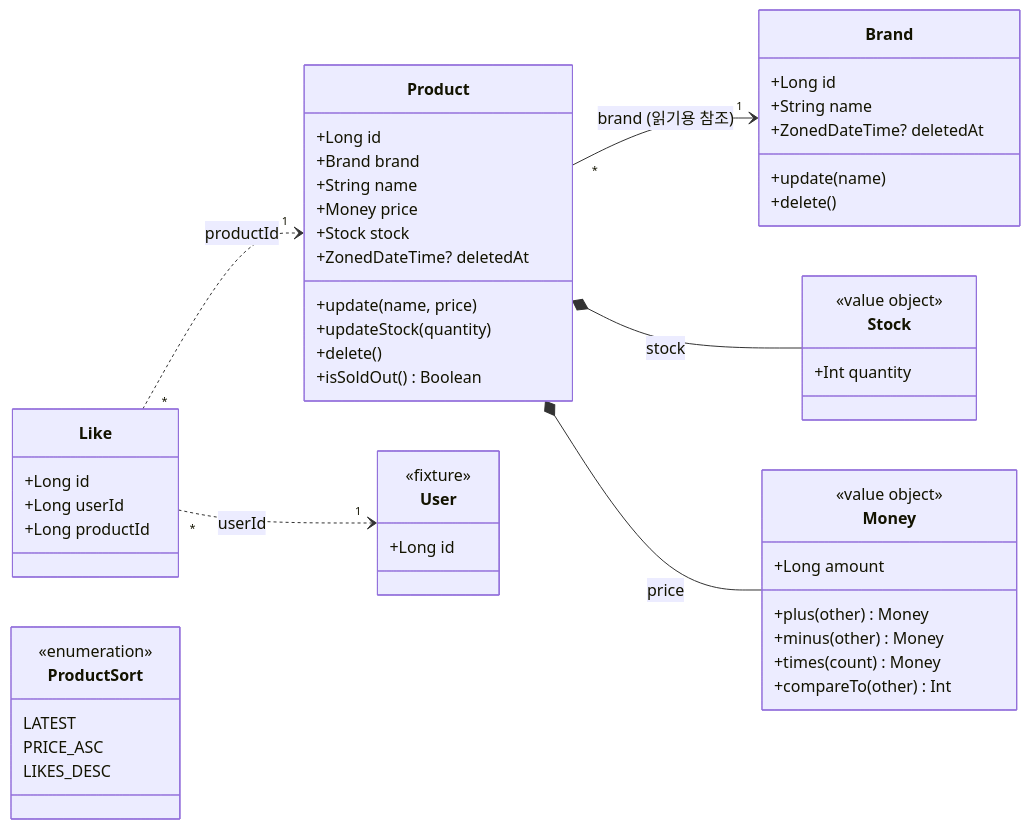
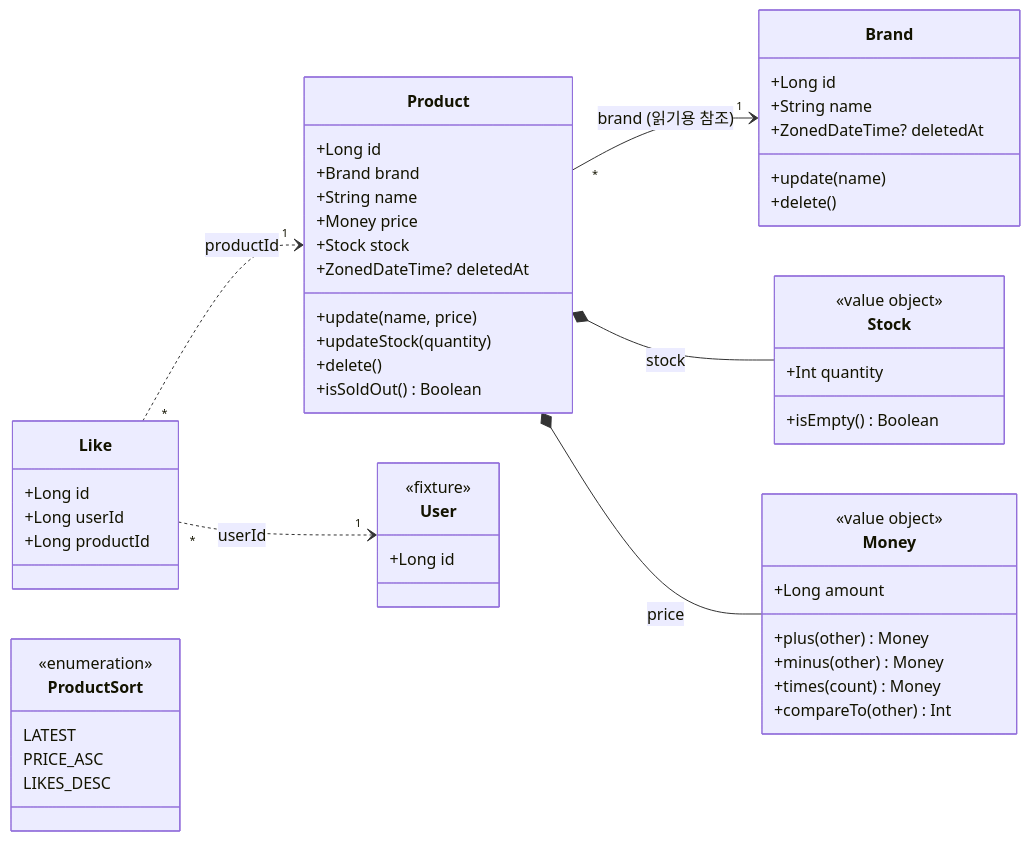
One commit to giwankim/loop-pack-be-l2-vol5-kotlin changed the second of 3 diagrams in docs/design/catalog.md. Above: the diagram before and after it, drawn with Mermaid. The commit also changed other lines of this file and 1 other file, not shown here.

First line of the commit message:
docs(catalog): add Stock.isEmpty to the class diagram and fix the customer lookup name in the sequence diagram

````diff
--- a/docs/design/catalog.md
+++ b/docs/design/catalog.md
@@ -55,63 +55,64 @@
 ```mermaid
 classDiagram
     direction LR
 
     class Brand {
         +Long id
         +String name
         +ZonedDateTime? deletedAt
         +update(name)
         +delete()
     }
 
     class Product {
         +Long id
         +Brand brand
         +String name
         +Money price
         +Stock stock
         +ZonedDateTime? deletedAt
         +update(name, price)
         +updateStock(quantity)
         +delete()
         +isSoldOut() Boolean
     }
 
     class Stock {
         <<value object>>
         +Int quantity
+        +isEmpty() Boolean
     }
 
     class Money {
         <<value object>>
         +Long amount
         +plus(other) Money
         +minus(other) Money
         +times(count) Money
         +compareTo(other) Int
     }
 
     class Like {
         +Long id
         +Long userId
         +Long productId
     }
 
     class User {
         <<fixture>>
         +Long id
     }
 
     class ProductSort {
         <<enumeration>>
         LATEST
         PRICE_ASC
         LIKES_DESC
     }
 
     Product "*" --> "1" Brand : brand (읽기용 참조)
     Product *-- Stock : stock
     Product *-- Money : price
     Like "*" ..> "1" Product : productId
     Like "*" ..> "1" User : userId
 ```
````
